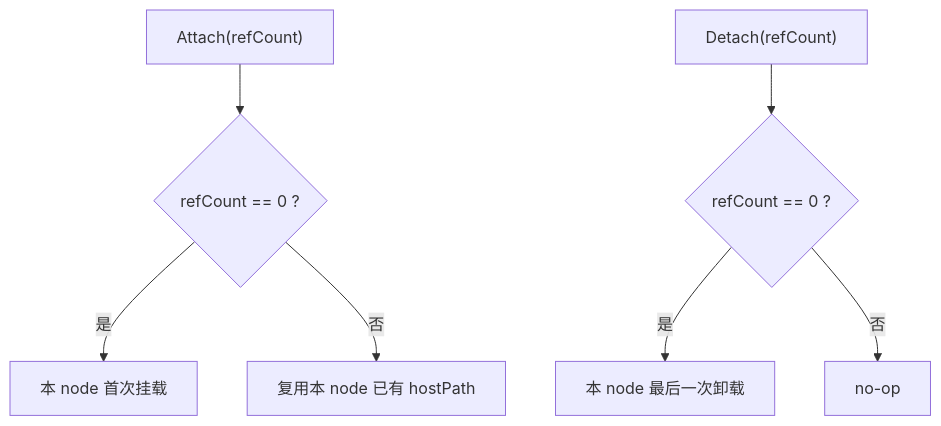
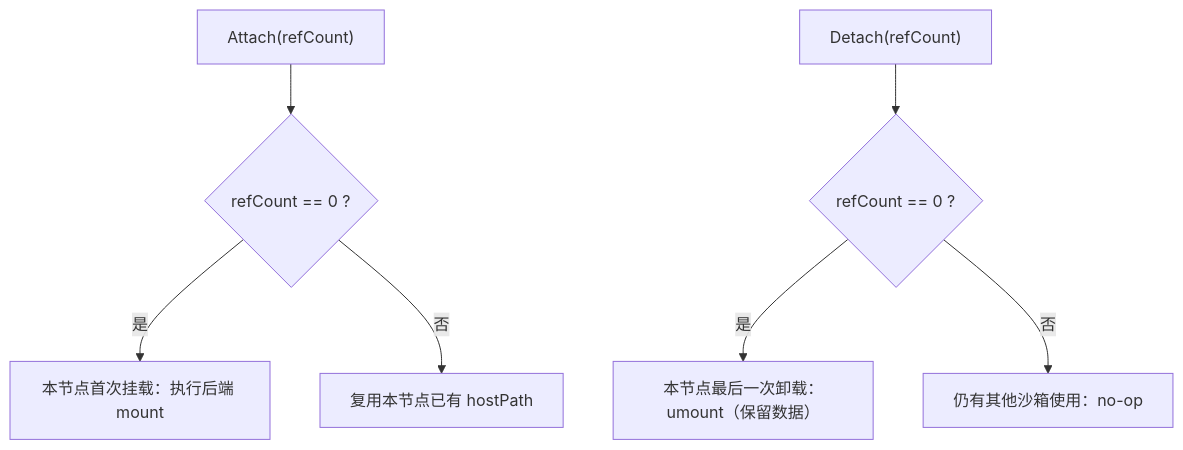
The third of 4 diagrams in docs/zh/guide/volume-plugin.md (TencentCloud/CubeSandbox), drawn with Mermaid before and after one commit. The commit also changed other lines of this file and 14 other files, not shown here.

````diff
--- a/docs/zh/guide/volume-plugin.md
+++ b/docs/zh/guide/volume-plugin.md
@@ -359,10 +111,10 @@
 ```mermaid
 flowchart TD
     A["Attach(refCount)"] --> B{"refCount == 0 ?"}
-    B -->|是| C["本 node 首次挂载"]
-    B -->|否| D["复用本 node 已有 hostPath"]
+    B -->|是| C["本节点首次挂载：执行后端 mount"]
+    B -->|否| D["复用本节点已有 hostPath"]
 
     E["Detach(refCount)"] --> F{"refCount == 0 ?"}
-    F -->|是| G["本 node 最后一次卸载"]
-    F -->|否| H["no-op"]
+    F -->|是| G["本节点最后一次卸载：umount（保留数据）"]
+    F -->|否| H["仍有其他沙箱使用：no-op"]
 ```
````
